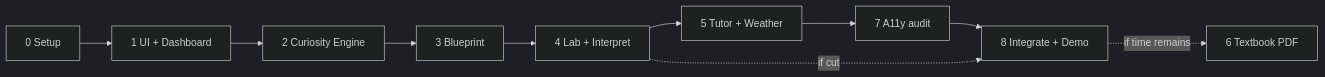
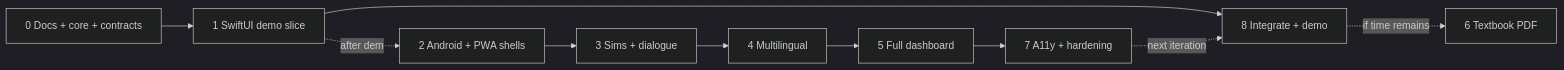
One commit to MrEGAMERZ/Curioforge changed the diagram in PHASES.md. Above: the diagram before and after it, drawn with Mermaid (dark theme). The commit also changed other lines of this file and 63 other files, not shown here.

Commit message:
feat: build full CurioForge macOS desktop app with multilingual voice tutor and interactive living canvas

````diff
--- a/PHASES.md
+++ b/PHASES.md
@@ -22,9 +26,12 @@
 ```mermaid
 flowchart LR
-  P0[0 Setup] --> P1[1 UI + Dashboard] --> P2[2 Curiosity Engine] --> P3[3 Blueprint] --> P4[4 Lab + Interpret]
-  P4 --> P5[5 Tutor + Weather]
-  P5 --> P7[7 A11y audit]
-  P7 --> P8[8 Integrate + Demo]
-  P4 -.if cut.-> P8
+  P0[0 Docs + core + contracts] --> P1[1 SwiftUI demo slice]
+  P1 --> P8[8 Integrate + demo]
+  P1 -.after demo.-> P2[2 Android + PWA shells]
+  P2 --> P3[3 Sims + dialogue]
+  P3 --> P4[4 Multilingual]
+  P4 --> P5[5 Full dashboard]
+  P5 --> P7[7 A11y + hardening]
+  P7 -.next iteration.-> P8
   P8 -.if time remains.-> P6[6 Textbook PDF]
 ```
````
